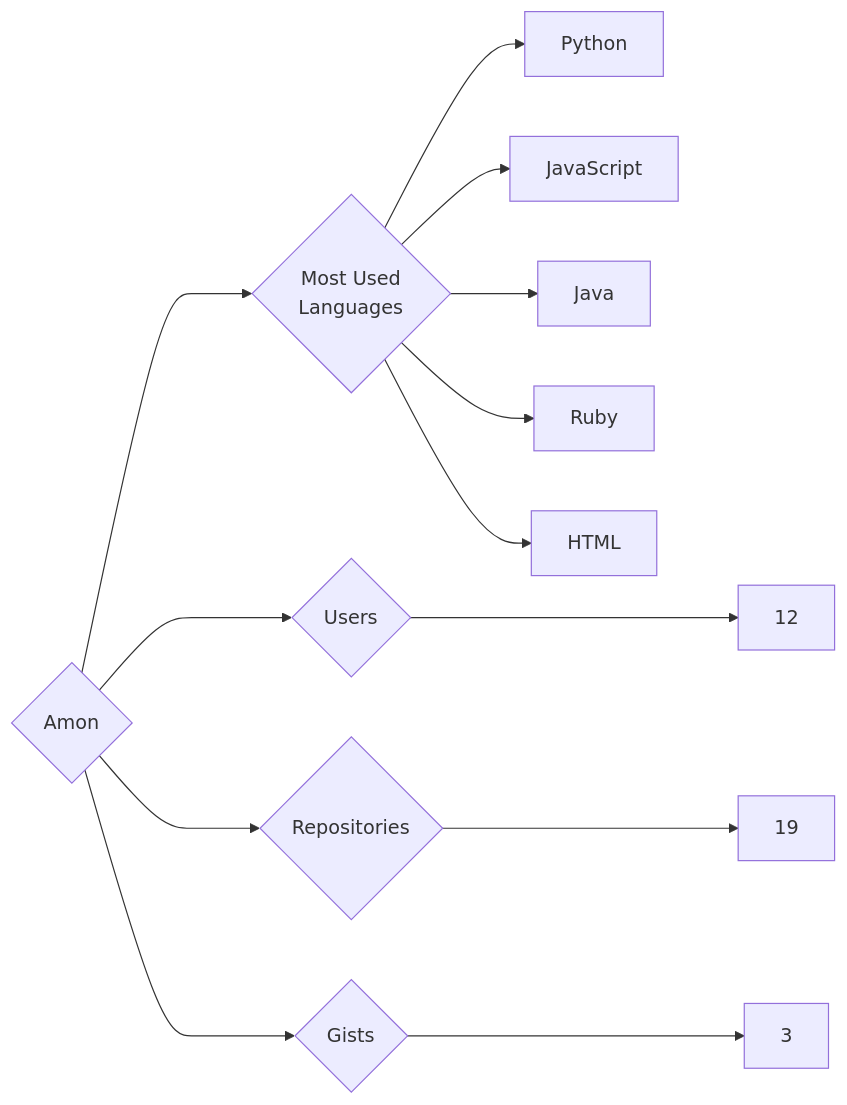
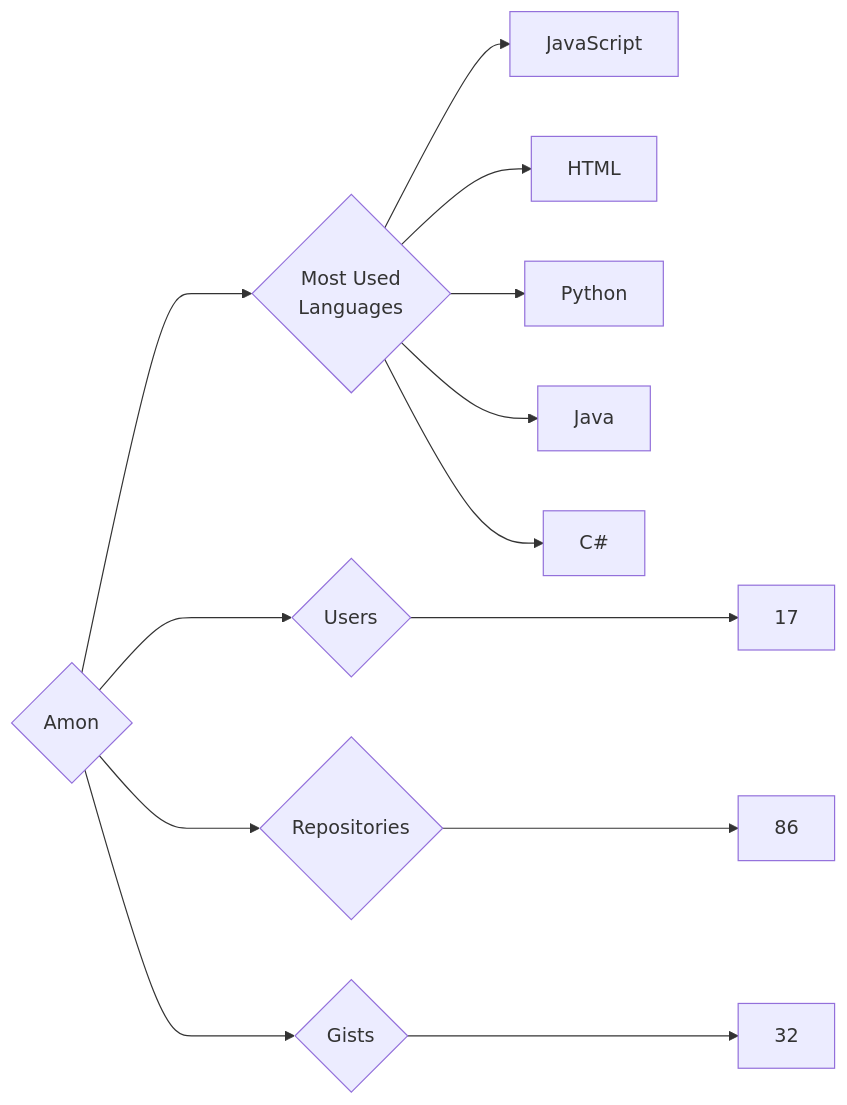
One commit to trickest/insiders changed the diagram in targets/Amon/README.md. Above: the diagram before and after it, drawn with Mermaid. The commit also changed 681 other files, not shown here.

````diff
--- a/targets/Amon/README.md
+++ b/targets/Amon/README.md
@@ -3,13 +3,13 @@
 ```mermaid
 graph LR
 COMPANY_NAME{Amon}
-COMPANY_NAME ---> U{Users} ---> UN[12]
-COMPANY_NAME ---> R{Repositories} ---> RN[19]
-COMPANY_NAME ---> G{Gists} ---> GN[3]
+COMPANY_NAME ---> U{Users} ---> UN[17]
+COMPANY_NAME ---> R{Repositories} ---> RN[86]
+COMPANY_NAME ---> G{Gists} ---> GN[32]
 COMPANY_NAME ---> ML{Most Used<br>Languages}
+ML --> JavaScript[JavaScript]
+ML --> HTML[HTML]
 ML --> Python[Python]
-ML --> JavaScript[JavaScript]
 ML --> Java[Java]
-ML --> Ruby[Ruby]
-ML --> HTML[HTML]
+ML --> C#[C#]
 ```
````
